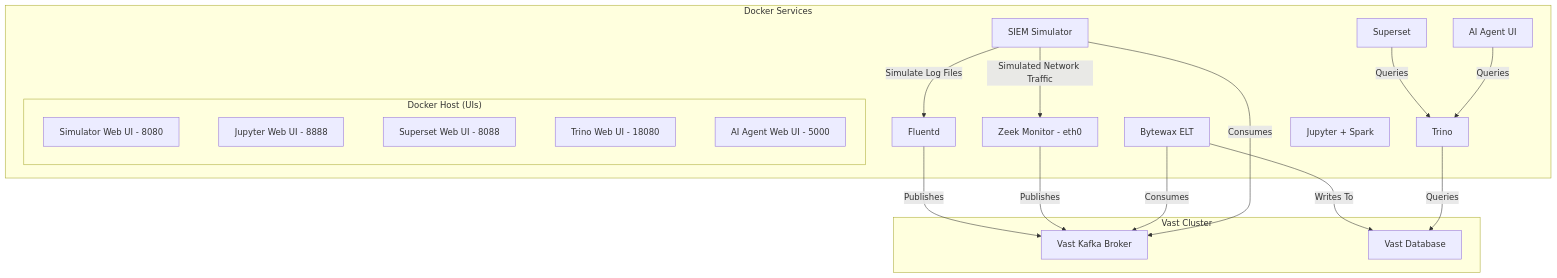
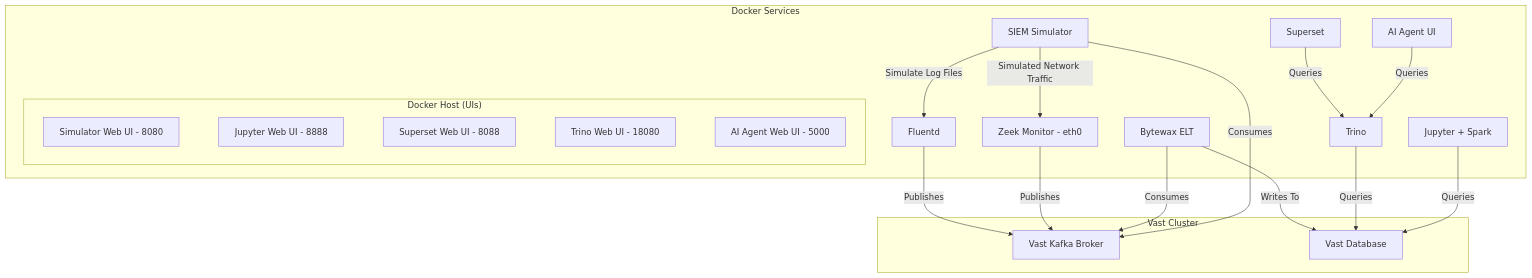
The diagram in docs/DESIGN.md (snowch/vastdata_siem_demo), drawn with Mermaid before and after one commit.

````diff
--- a/docs/DESIGN.md
+++ b/docs/DESIGN.md
@@ -17,41 +17,42 @@
 ```mermaid
 graph TD
     subgraph "Docker Services"
         Z[Zeek Monitor - eth0]
         S[SIEM Simulator]
         F[Fluentd]
         J[Bytewax ELT]
         T[Trino]
         AS[Superset]
         B[Jupyter + Spark]
         AI[AI Agent UI]
 
         S -- Simulate Log Files --> F
         S -- Simulated Network Traffic --> Z
         AS -- Queries --> T
         AI -- Queries --> T
 
         subgraph "Docker Host (UIs)"
             SW[Simulator Web UI - 8080]
             JW[Jupyter Web UI - 8888]
             ASW[Superset Web UI - 8088]
             TW[Trino Web UI - 18080]
             AG[AI Agent Web UI - 5000]
 
             %% This is the new line that forces the vertical layout %%
             SW ~~~ JW ~~~ ASW ~~~ TW ~~~ AG
         end
     end
 
     subgraph "Vast Cluster"
         K[Vast Kafka Broker]
         VDB[Vast Database]
     end
 
     F -- Publishes --> K
     Z -- Publishes --> K
     J -- Consumes --> K
     S -- Consumes --> K
     J -- Writes To --> VDB
     T -- Queries --> VDB
+    B -- Queries --> VDB
 ```
````
